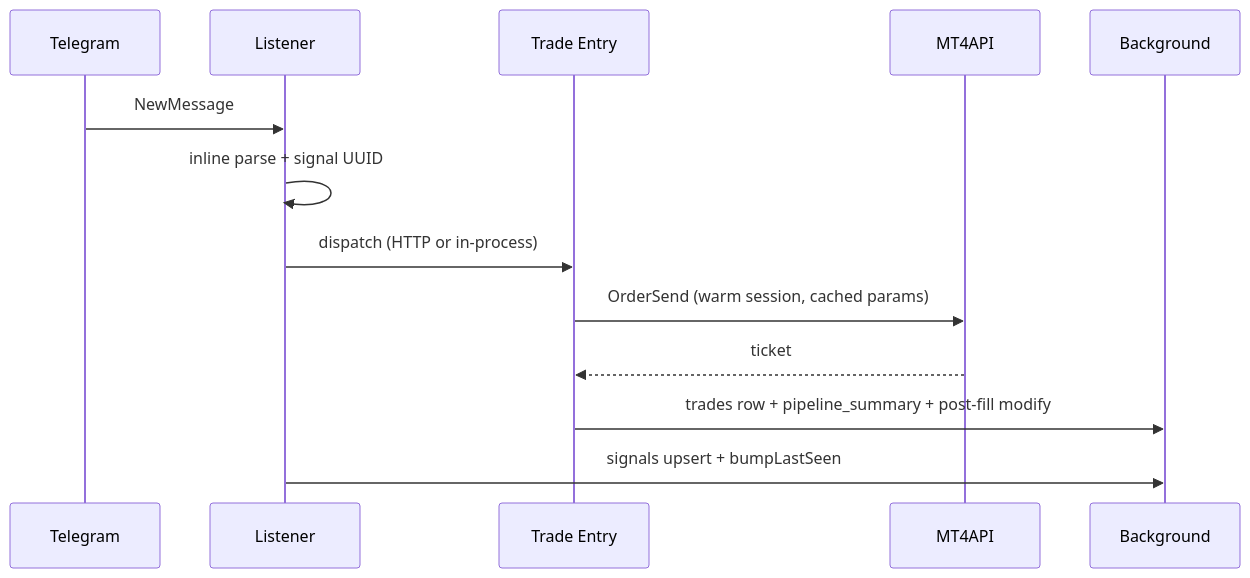
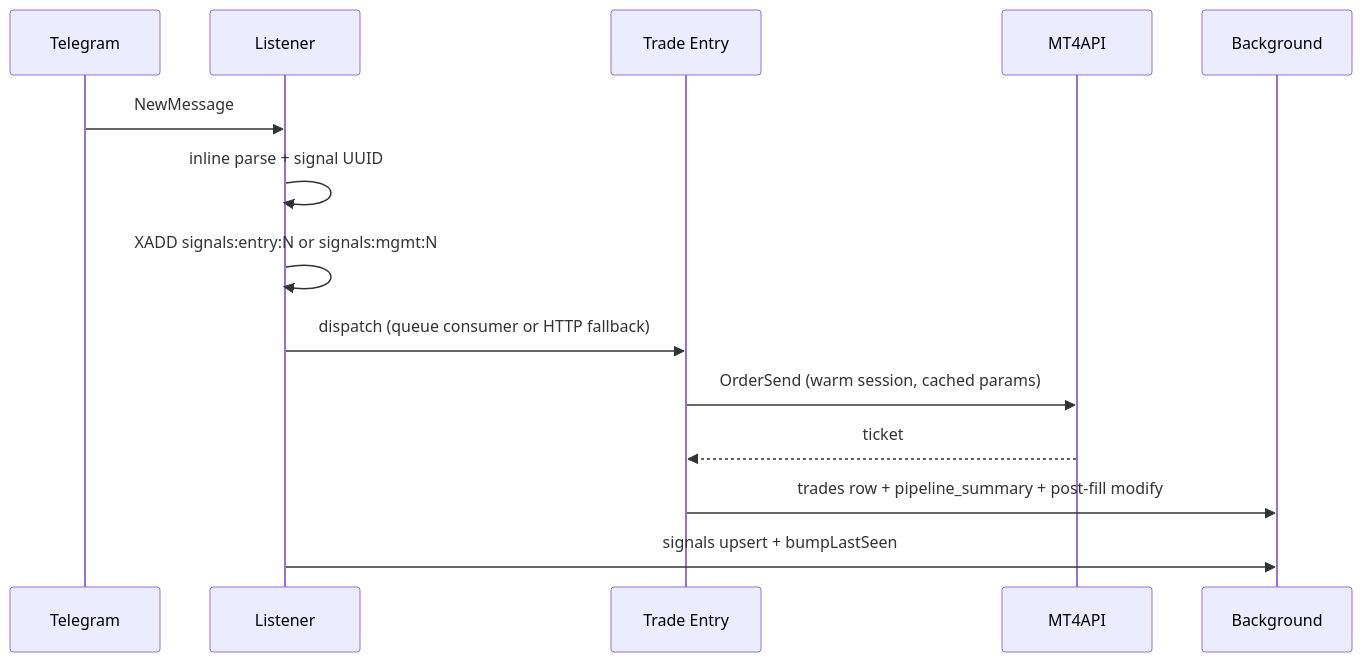
The second of 2 diagrams in docs/worker-deployment.md (tartarixinc/TScopier), drawn with Mermaid before and after one commit. The commit also changed other lines of this file and 34 other files, not shown here.

````diff
--- a/docs/worker-deployment.md
+++ b/docs/worker-deployment.md
@@ -160,15 +212,16 @@
 ```mermaid
 sequenceDiagram
   participant TG as Telegram
   participant L as Listener
   participant TE as Trade Entry
   participant MT as MT4API
   participant BG as Background
   TG->>L: NewMessage
   L->>L: inline parse + signal UUID
-  L->>TE: dispatch (HTTP or in-process)
+  L->>L: XADD signals:entry:N or signals:mgmt:N
+  L->>TE: dispatch (queue consumer or HTTP fallback)
   TE->>MT: OrderSend (warm session, cached params)
   MT-->>TE: ticket
   TE->>BG: trades row + pipeline_summary + post-fill modify
   L->>BG: signals upsert + bumpLastSeen
 ```
````
